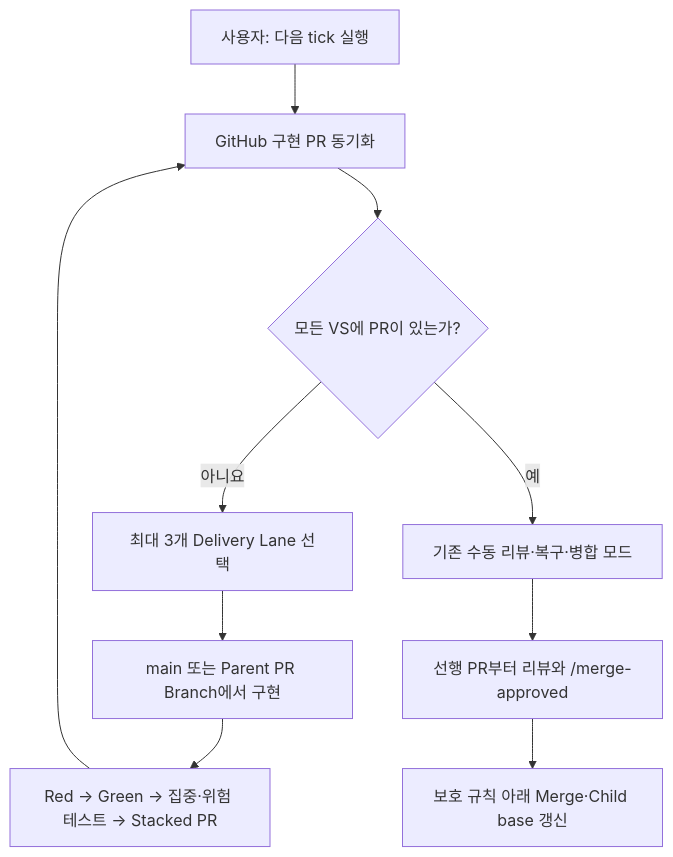
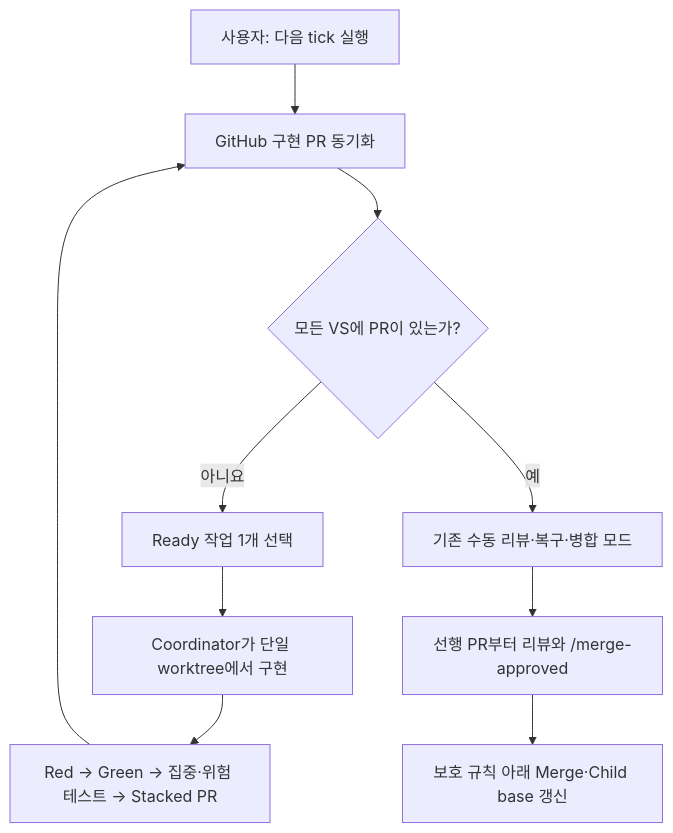
Before and after one commit to OpenSeedDev/openseed-be: the diagram in docs/workflow/AUTONOMOUS_WORKFLOW.md, drawn with Mermaid. The commit also changed other lines of this file and 8 other files, not shown here.

````diff
--- a/docs/workflow/AUTONOMOUS_WORKFLOW.md
+++ b/docs/workflow/AUTONOMOUS_WORKFLOW.md
@@ -7,12 +7,12 @@
 ```mermaid
 flowchart TD
   A["사용자: 다음 tick 실행"] --> B["GitHub 구현 PR 동기화"]
   B --> C{"모든 VS에 PR이 있는가?"}
-  C -- "아니요" --> D["최대 3개 Delivery Lane 선택"]
-  D --> E["main 또는 Parent PR Branch에서 구현"]
+  C -- "아니요" --> D["Ready 작업 1개 선택"]
+  D --> E["Coordinator가 단일 worktree에서 구현"]
   E --> F["Red → Green → 집중·위험 테스트 → Stacked PR"]
   F --> B
   C -- "예" --> G["기존 수동 리뷰·복구·병합 모드"]
   G --> H["선행 PR부터 리뷰와 /merge-approved"]
   H --> I["보호 규칙 아래 Merge·Child base 갱신"]
 ```
````
